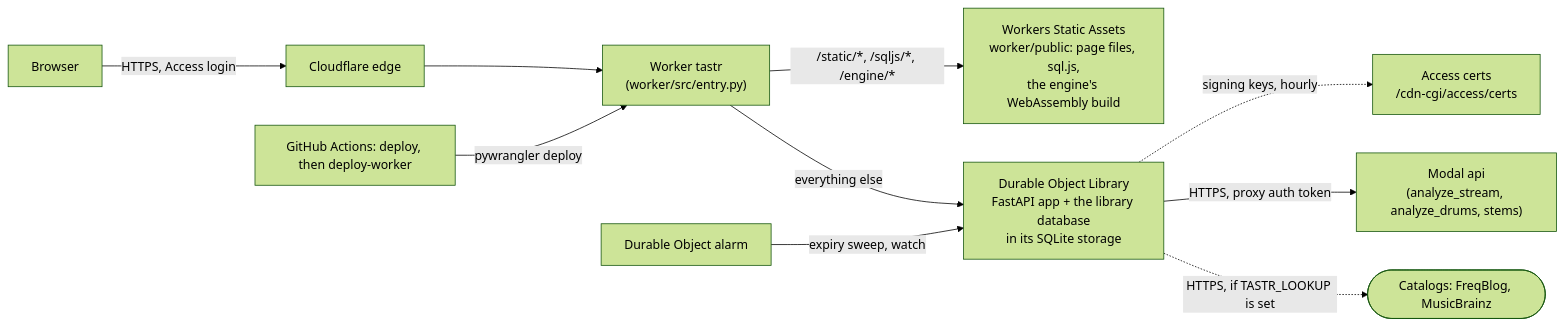
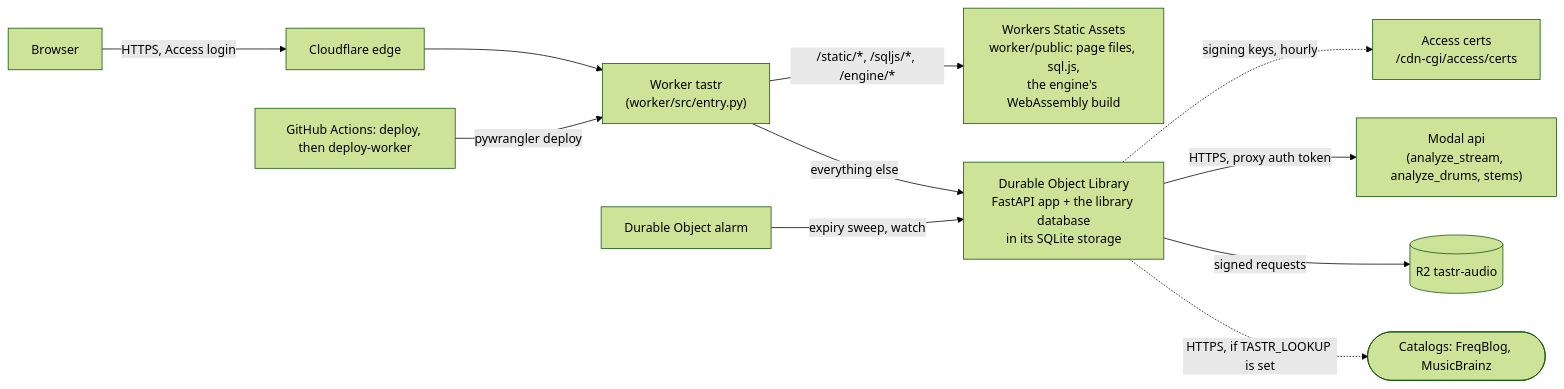
Before and after one commit to pocketIlmatto/tastr: the third of 3 diagrams in docs/hosting-map.md, drawn with Mermaid (forest theme). The commit also changed other lines of this file and 44 other files, not shown here.

````diff
--- a/docs/hosting-map.md
+++ b/docs/hosting-map.md
@@ -310,12 +304,13 @@
 ```mermaid
 flowchart LR
     B[Browser] -->|HTTPS, Access login| CF[Cloudflare edge]
     CF --> W["Worker tastr<br/>(worker/src/entry.py)"]
     W -->|"/static/*, /sqljs/*, /engine/*"| SA["Workers Static Assets<br/>worker/public: page files, sql.js,<br/>the engine's WebAssembly build"]
     W -->|everything else| DO["Durable Object Library<br/>FastAPI app + the library database<br/>in its SQLite storage"]
     DO -.->|signing keys, hourly| AK[Access certs<br/>/cdn-cgi/access/certs]
     AL[Durable Object alarm] -->|expiry sweep, watch| DO
     GHD[GitHub Actions: deploy, then deploy-worker] -->|pywrangler deploy| W
     DO -->|HTTPS, proxy auth token| MA["Modal api<br/>(analyze_stream, analyze_drums, stems)"]
+    DO -->|signed requests| R2B[(R2 tastr-audio)]
     DO -.->|HTTPS, if TASTR_LOOKUP is set| CAT2([Catalogs: FreqBlog, MusicBrainz])
 ```
````
